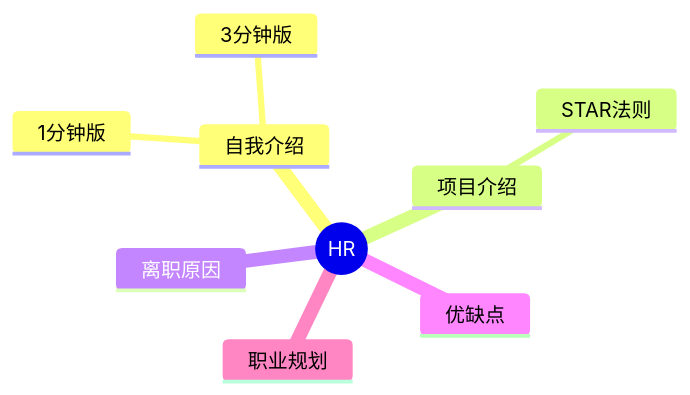
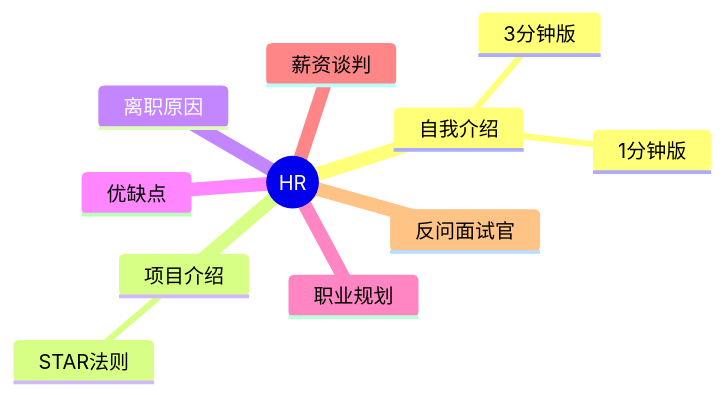
Before and after one commit to zjh42139/interview-notes: the diagram in docs/HR/index.md, drawn with Mermaid. The commit also changed other lines of this file and 11 other files, not shown here.

````diff
--- a/docs/HR/index.md
+++ b/docs/HR/index.md
@@ -9,12 +9,14 @@
 ```mermaid
 mindmap
   root((HR))
     自我介绍
       1分钟版
       3分钟版
     项目介绍
       STAR法则
     离职原因
     优缺点
     职业规划
+    薪资谈判
+    反问面试官
 ```
````
